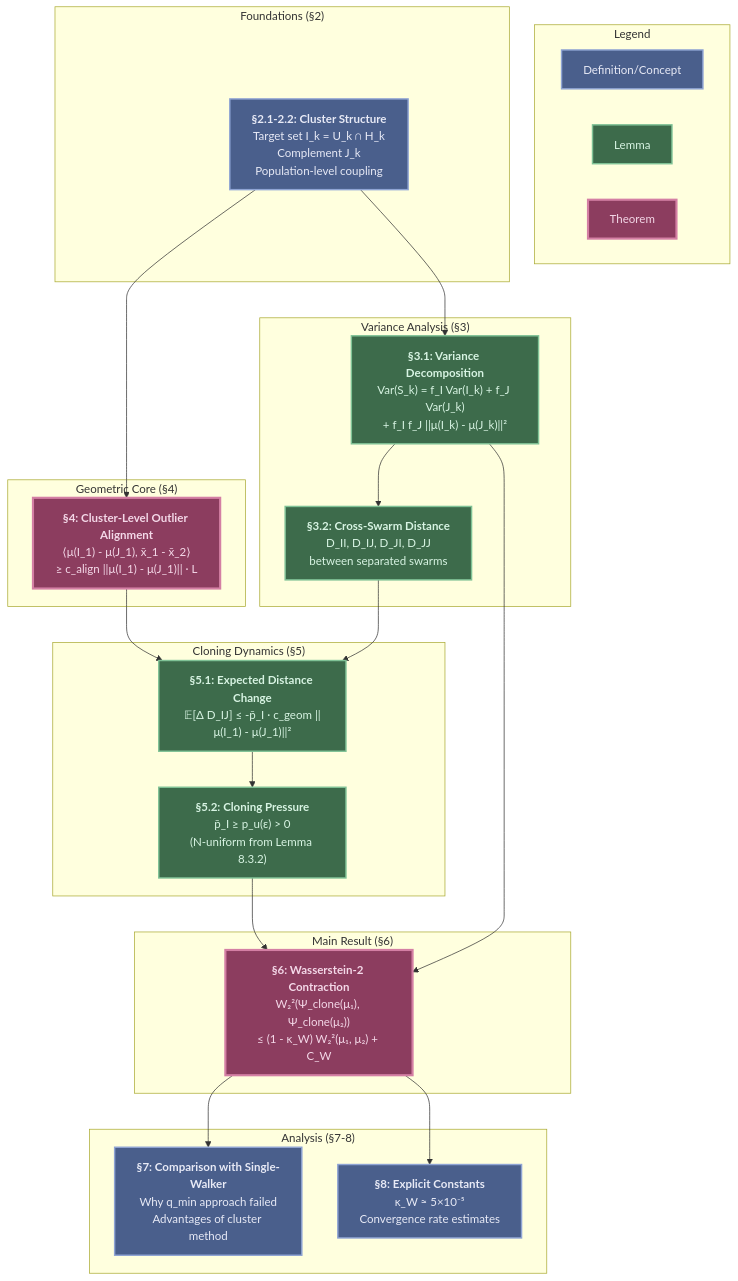
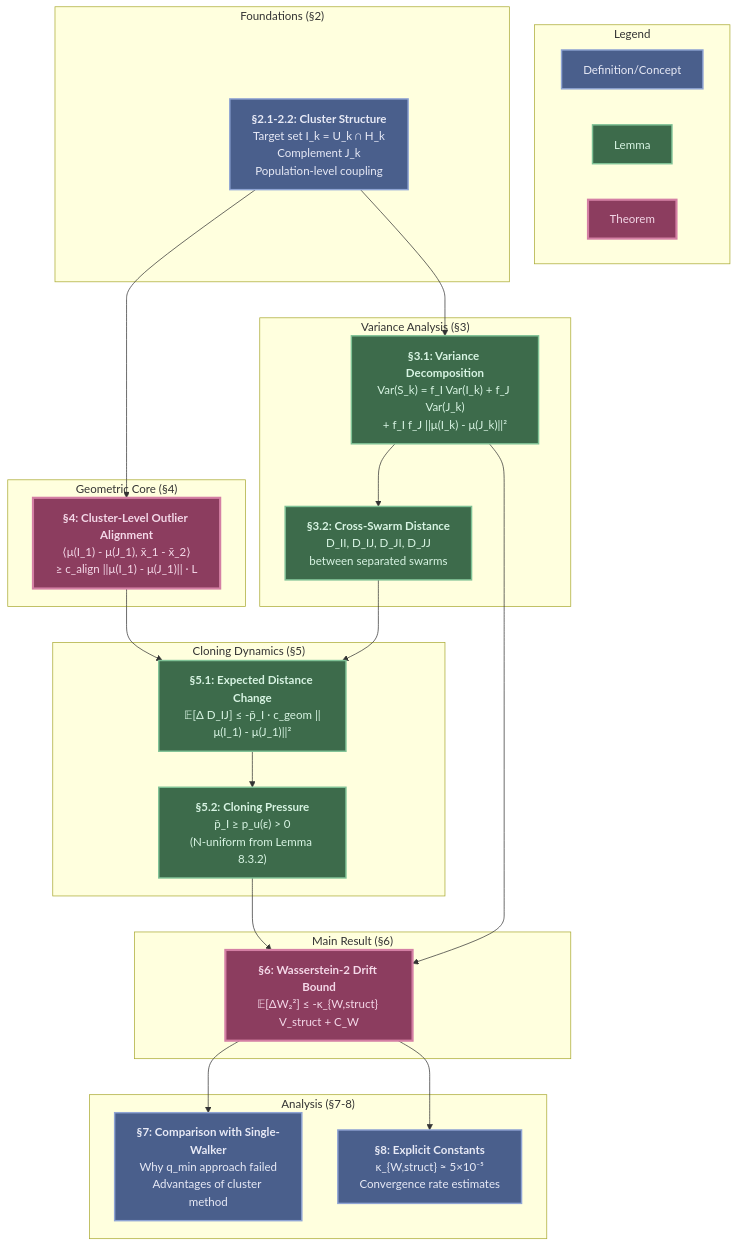
One commit to FragileTech/fragile changed the diagram in docs/source/3_fractal_gas/appendices/04_wasserstein_contraction.md. Above: the diagram before and after it, drawn with Mermaid. The commit also changed other lines of this file and 8 other files, not shown here.

````diff
--- a/docs/source/3_fractal_gas/appendices/04_wasserstein_contraction.md
+++ b/docs/source/3_fractal_gas/appendices/04_wasserstein_contraction.md
@@ -61,51 +63,51 @@
 ```{mermaid}
 graph TD
     subgraph "Legend"
         L1["Definition/Concept"]:::stateStyle
         L2["Lemma"]:::lemmaStyle
         L3["Theorem"]:::theoremStyle
     end
 
     subgraph "Foundations (§2)"
         A["<b>§2.1-2.2: Cluster Structure</b><br>Target set I_k = U_k ∩ H_k<br>Complement J_k<br>Population-level coupling"]:::stateStyle
     end
 
     subgraph "Variance Analysis (§3)"
         B["<b>§3.1: Variance Decomposition</b><br>Var(S_k) = f_I Var(I_k) + f_J Var(J_k)<br>+ f_I f_J ||μ(I_k) - μ(J_k)||²"]:::lemmaStyle
         C["<b>§3.2: Cross-Swarm Distance</b><br>D_II, D_IJ, D_JI, D_JJ<br>between separated swarms"]:::lemmaStyle
     end
 
     subgraph "Geometric Core (§4)"
         D["<b>§4: Cluster-Level Outlier Alignment</b><br>⟨μ(I_1) - μ(J_1), x̄_1 - x̄_2⟩<br>≥ c_align ||μ(I_1) - μ(J_1)|| · L"]:::theoremStyle
     end
 
     subgraph "Cloning Dynamics (§5)"
         E["<b>§5.1: Expected Distance Change</b><br>𝔼[Δ D_IJ] ≤ -p̄_I · c_geom ||μ(I_1) - μ(J_1)||²"]:::lemmaStyle
         F["<b>§5.2: Cloning Pressure</b><br>p̄_I ≥ p_u(ε) > 0<br>(N-uniform from Lemma 8.3.2)"]:::lemmaStyle
     end
 
     subgraph "Main Result (§6)"
-        G["<b>§6: Wasserstein-2 Contraction</b><br>W₂²(Ψ_clone(μ₁), Ψ_clone(μ₂))<br>≤ (1 - κ_W) W₂²(μ₁, μ₂) + C_W"]:::theoremStyle
+        G["<b>§6: Wasserstein-2 Drift Bound</b><br>𝔼[ΔW₂²] ≤ -κ_{W,struct} V_struct + C_W"]:::theoremStyle
     end
 
     subgraph "Analysis (§7-8)"
         H["<b>§7: Comparison with Single-Walker</b><br>Why q_min approach failed<br>Advantages of cluster method"]:::stateStyle
-        I["<b>§8: Explicit Constants</b><br>κ_W ≈ 5×10⁻⁵<br>Convergence rate estimates"]:::stateStyle
+        I["<b>§8: Explicit Constants</b><br>κ_{W,struct} ≈ 5×10⁻⁵<br>Convergence rate estimates"]:::stateStyle
     end
 
     A --> B
     B --> C
     A --> D
     D --> E
     C --> E
     E --> F
     F --> G
     B --> G
     G --> H
     G --> I
 
     classDef stateStyle fill:#4a5f8c,stroke:#8fa4d4,stroke-width:2px,color:#e8eaf6
     classDef axiomStyle fill:#8c6239,stroke:#d4a574,stroke-width:2px,stroke-dasharray: 5 5,color:#f4e8d8
     classDef lemmaStyle fill:#3d6b4b,stroke:#7fc296,stroke-width:2px,color:#d8f4e3
     classDef theoremStyle fill:#8c3d5f,stroke:#d47fa4,stroke-width:3px,color:#f4d8e8
 ```
````
